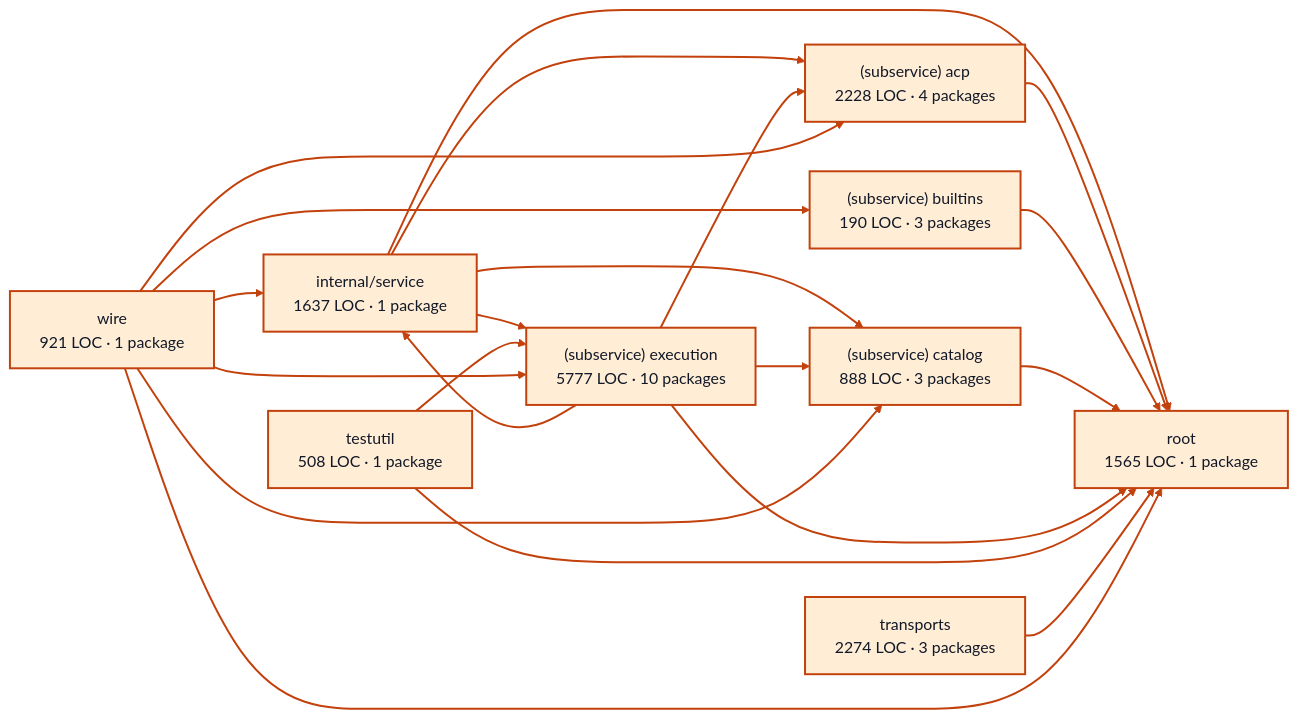
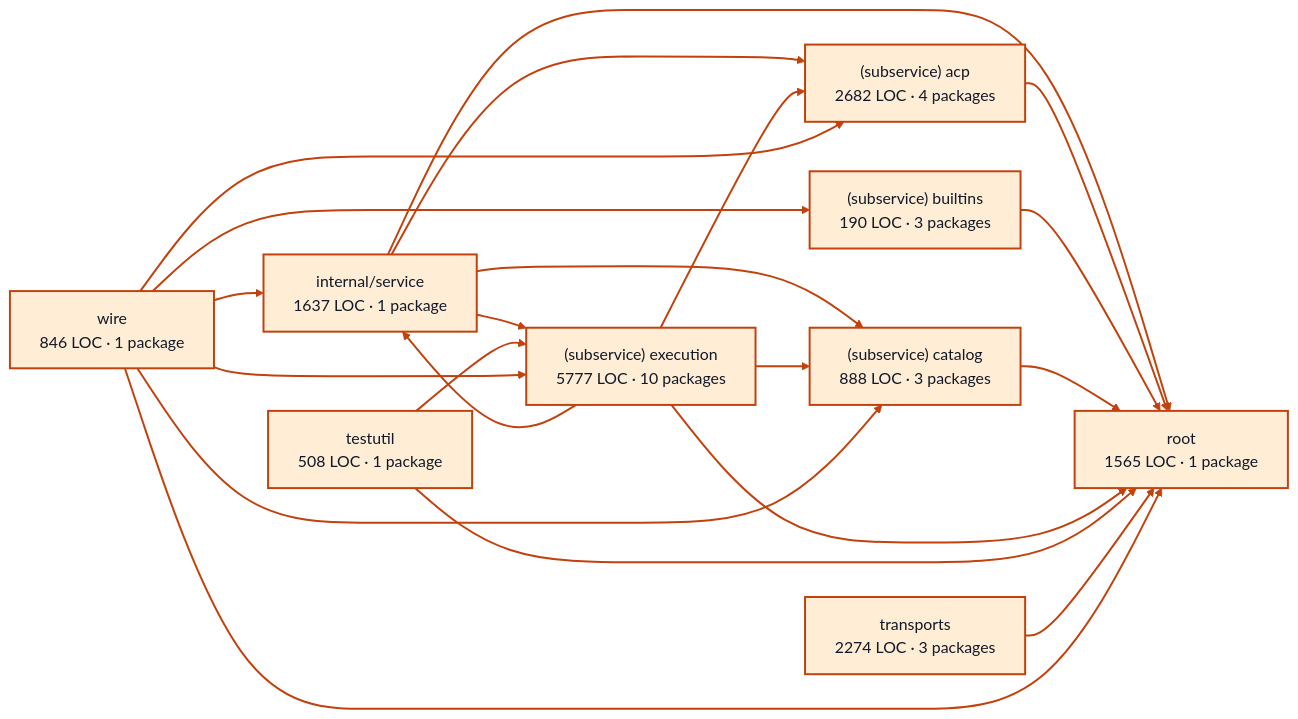
The diagram in docs/architecture/visualizations/services/providers.md (portpowered/you-agent-factory), drawn with Mermaid (neutral theme) before and after one commit. The commit also changed other lines of this file and 20 other files, not shown here.

Commit message:
docs: refresh backend architecture visualizations

````diff
--- a/docs/architecture/visualizations/services/providers.md
+++ b/docs/architecture/visualizations/services/providers.md
@@ -11,42 +11,42 @@
 ```mermaid
 flowchart LR
   p0["internal/service<br/>1637 LOC · 1 package"]
-  p1["(subservice) acp<br/>2228 LOC · 4 packages"]
+  p1["(subservice) acp<br/>2682 LOC · 4 packages"]
   p2["(subservice) builtins<br/>190 LOC · 3 packages"]
   p3["(subservice) catalog<br/>888 LOC · 3 packages"]
   p4["(subservice) execution<br/>5777 LOC · 10 packages"]
   p5["testutil<br/>508 LOC · 1 package"]
   p6["root<br/>1565 LOC · 1 package"]
   p7["transports<br/>2274 LOC · 3 packages"]
-  p8["wire<br/>921 LOC · 1 package"]
+  p8["wire<br/>846 LOC · 1 package"]
   p0 --> p1
   p0 --> p3
   p0 --> p4
   p0 --> p6
   p1 --> p6
   p2 --> p6
   p3 --> p6
   p4 --> p0
   p4 --> p1
   p4 --> p3
   p4 --> p6
   p5 --> p4
   p5 --> p6
   p7 --> p6
   p8 --> p0
   p8 --> p1
   p8 --> p2
   p8 --> p3
   p8 --> p4
   p8 --> p6
   style p0 fill:#ffedd5,stroke:#c2410c,stroke-width:2px,color:#111827
   style p1 fill:#ffedd5,stroke:#c2410c,stroke-width:2px,color:#111827
   style p2 fill:#ffedd5,stroke:#c2410c,stroke-width:2px,color:#111827
   style p3 fill:#ffedd5,stroke:#c2410c,stroke-width:2px,color:#111827
   style p4 fill:#ffedd5,stroke:#c2410c,stroke-width:2px,color:#111827
   style p5 fill:#ffedd5,stroke:#c2410c,stroke-width:2px,color:#111827
   style p6 fill:#ffedd5,stroke:#c2410c,stroke-width:2px,color:#111827
   style p7 fill:#ffedd5,stroke:#c2410c,stroke-width:2px,color:#111827
   style p8 fill:#ffedd5,stroke:#c2410c,stroke-width:2px,color:#111827
   linkStyle default stroke:#c2410c,stroke-width:2px
 ```
````
